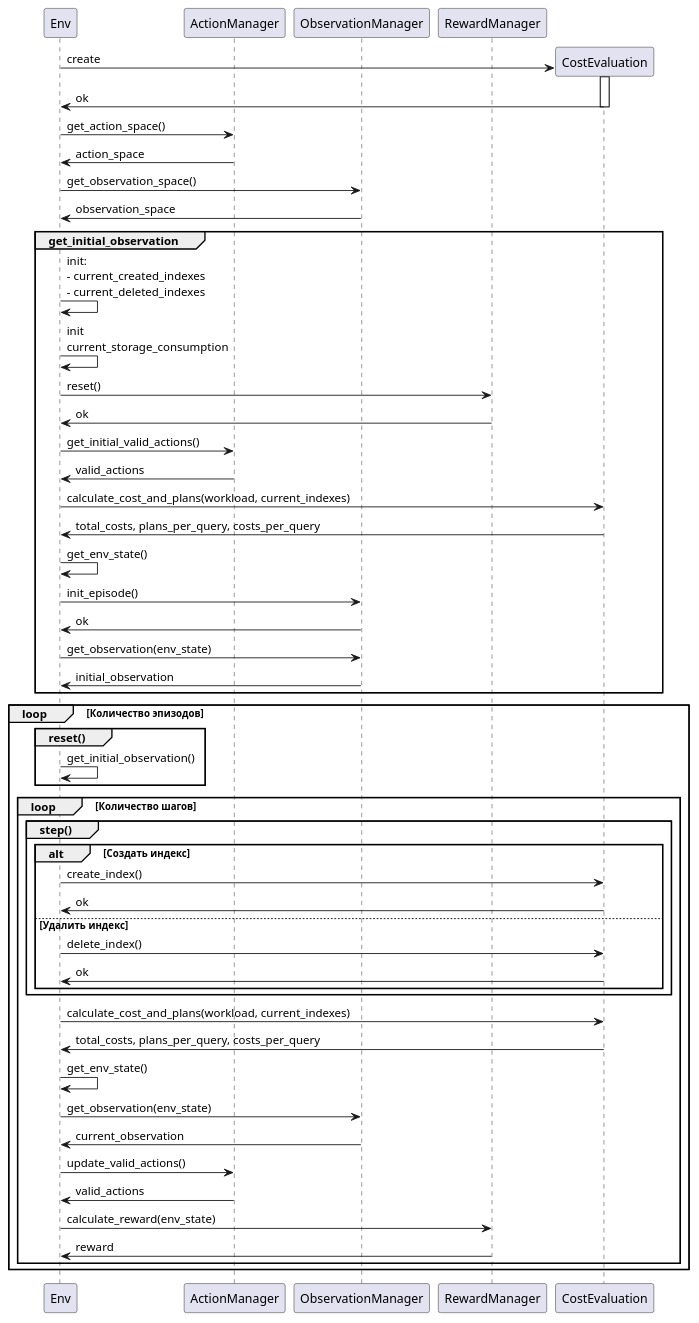
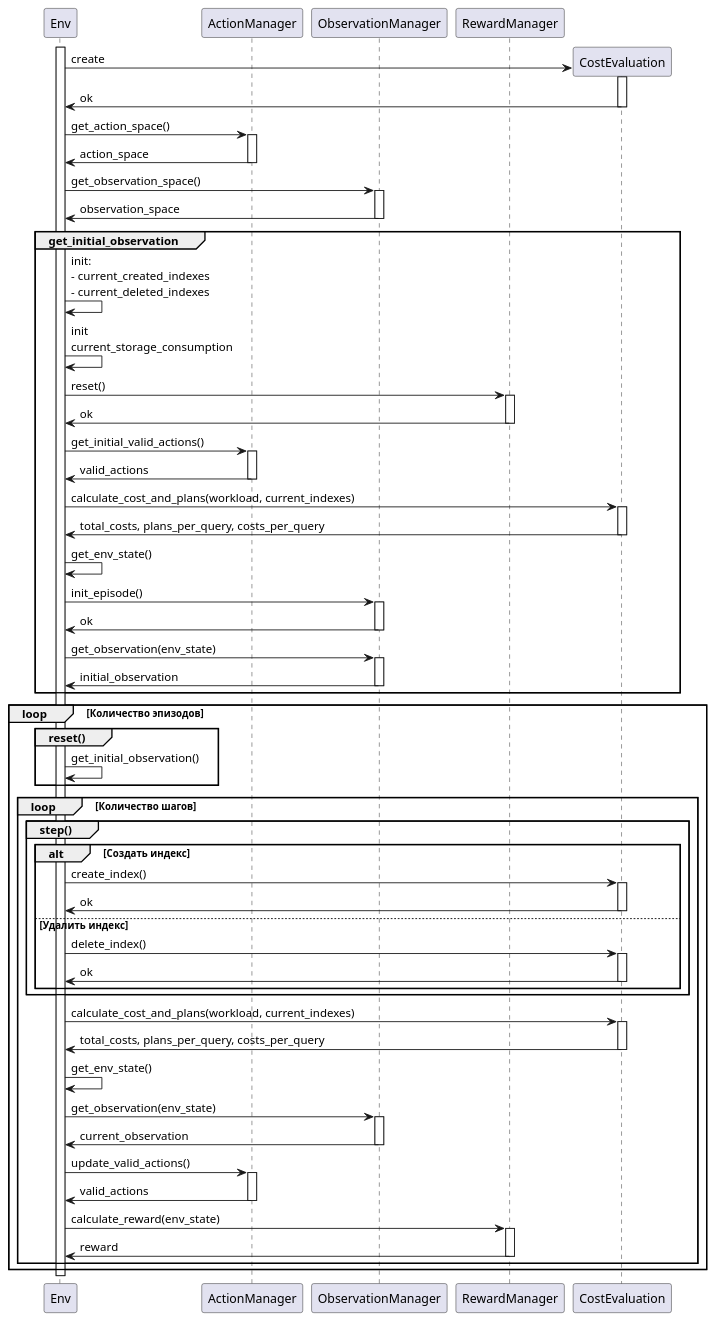
The diagram in diagrams/sequence_diagram_env.puml (ShapovalovaIrina/PG-Index-Advisor), drawn with PlantUML before and after one commit. The commit also changed 1 other file, not shown here.

Commit message:
Change sequence diagram

```diff
--- a/diagrams/sequence_diagram_env.puml
+++ b/diagrams/sequence_diagram_env.puml
@@ -1,78 +1,108 @@
 @startuml
 'https://plantuml.com/sequence-diagram
 
 skinparam responseMessageBelowArrow true
 
 participant Env
 participant ActionManager
 participant ObservationManager
 participant RewardManager
 
+activate Env
+
 create CostEvaluation
 Env -> CostEvaluation : create
 activate CostEvaluation
 CostEvaluation -> Env : ok
 deactivate CostEvaluation
 
 Env -> ActionManager : get_action_space()
+activate ActionManager
 ActionManager -> Env : action_space
+deactivate ActionManager
 
 Env -> ObservationManager : get_observation_space()
+activate ObservationManager
 ObservationManager -> Env : observation_space
+deactivate ObservationManager
 
 
 group get_initial_observation
     Env -> Env : init:\n- current_created_indexes\n- current_deleted_indexes
     Env -> Env : init\ncurrent_storage_consumption
 
     Env -> RewardManager : reset()
+    activate RewardManager
     RewardManager -> Env : ok
+    deactivate RewardManager
 
     Env -> ActionManager : get_initial_valid_actions()
+    activate ActionManager
     ActionManager -> Env : valid_actions
+    deactivate ActionManager
 
     Env -> CostEvaluation : calculate_cost_and_plans(workload, current_indexes)
+    activate CostEvaluation
     CostEvaluation -> Env : total_costs, plans_per_query, costs_per_query
+    deactivate CostEvaluation
 
     Env -> Env : get_env_state()
 
     Env -> ObservationManager : init_episode()
+    activate ObservationManager
     ObservationManager -> Env : ok
+    deactivate ObservationManager
 
     Env -> ObservationManager : get_observation(env_state)
+    activate ObservationManager
     ObservationManager -> Env : initial_observation
+    deactivate ObservationManager
 end
 
 loop Количество эпизодов
     group reset()
         Env -> Env : get_initial_observation()
     end
 
     loop Количество шагов
         group step()
             alt Создать индекс
                 Env -> CostEvaluation : create_index()
+                activate CostEvaluation
                 CostEvaluation -> Env : ok
+                deactivate CostEvaluation
             else Удалить индекс
                 Env -> CostEvaluation : delete_index()
+                activate CostEvaluation
                 CostEvaluation -> Env : ok
+                deactivate CostEvaluation
             end
         end
 
         Env -> CostEvaluation : calculate_cost_and_plans(workload, current_indexes)
+        activate CostEvaluation
         CostEvaluation -> Env : total_costs, plans_per_query, costs_per_query
+        deactivate CostEvaluation
 
         Env -> Env : get_env_state()
 
         Env -> ObservationManager : get_observation(env_state)
+        activate ObservationManager
         ObservationManager -> Env : current_observation
+        deactivate ObservationManager
 
         Env -> ActionManager : update_valid_actions()
+        activate ActionManager
         ActionManager -> Env : valid_actions
+        deactivate ActionManager
 
         Env -> RewardManager : calculate_reward(env_state)
+        activate RewardManager
         RewardManager -> Env : reward
+        deactivate RewardManager
     end
 end
 
+deactivate Env
+
 @enduml
```
